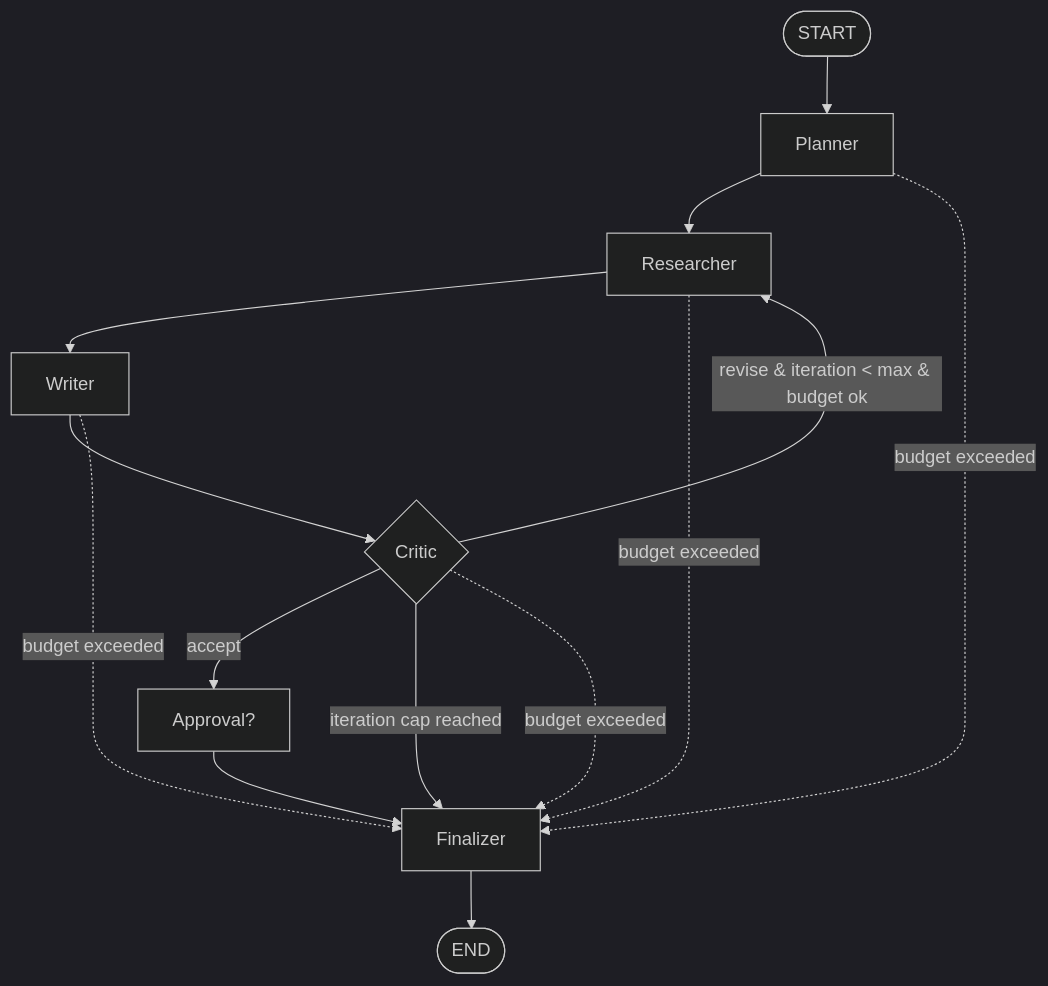
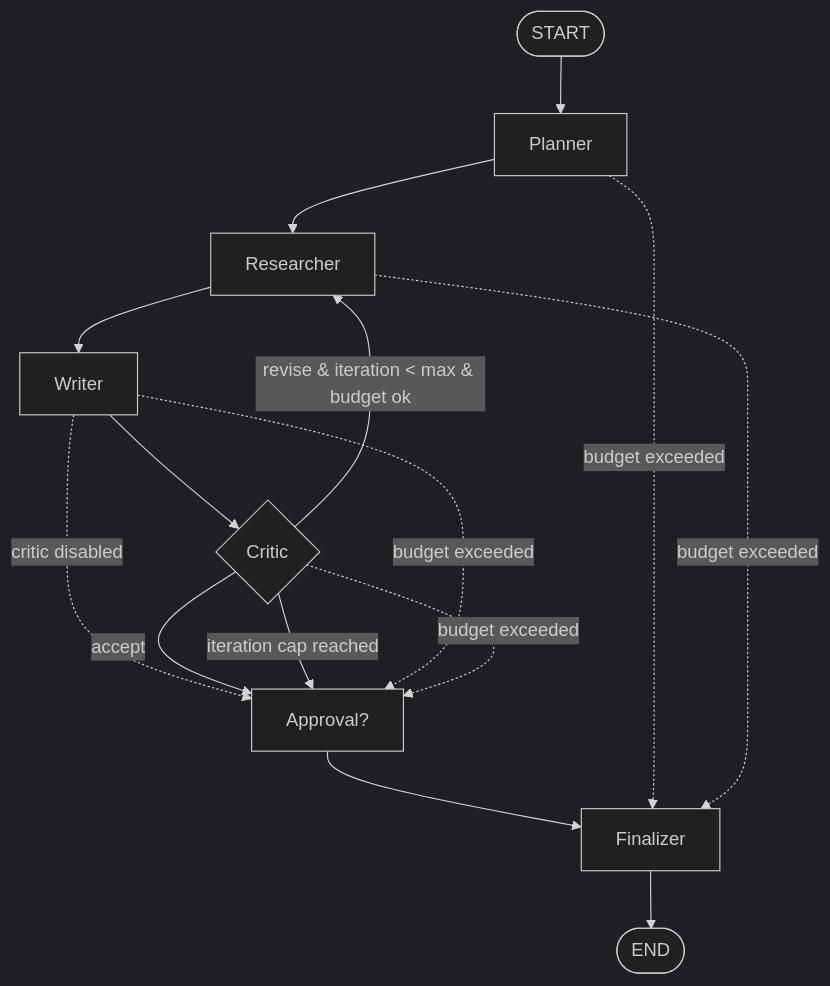
Before and after one commit to Baron197/agentic-research-assistant: the diagram in ARCHITECTURE.md, drawn with Mermaid (dark theme). The commit also changed other lines of this file and 14 other files, not shown here.

````diff
--- a/ARCHITECTURE.md
+++ b/ARCHITECTURE.md
@@ -84,16 +85,17 @@
 ```mermaid
 flowchart TD
     START([START]) --> P[Planner]
     P --> R[Researcher]
     R --> W[Writer]
     W --> C{Critic}
+    W -. critic disabled .-> A
     C -- accept --> A[Approval?]
     A --> F[Finalizer]
     C -- "revise & iteration < max & budget ok" --> R
-    C -- "iteration cap reached" --> F
+    C -- "iteration cap reached" --> A
     F --> E([END])
     P -. budget exceeded .-> F
     R -. budget exceeded .-> F
-    W -. budget exceeded .-> F
-    C -. budget exceeded .-> F
+    W -. budget exceeded .-> A
+    C -. budget exceeded .-> A
 ```
````
